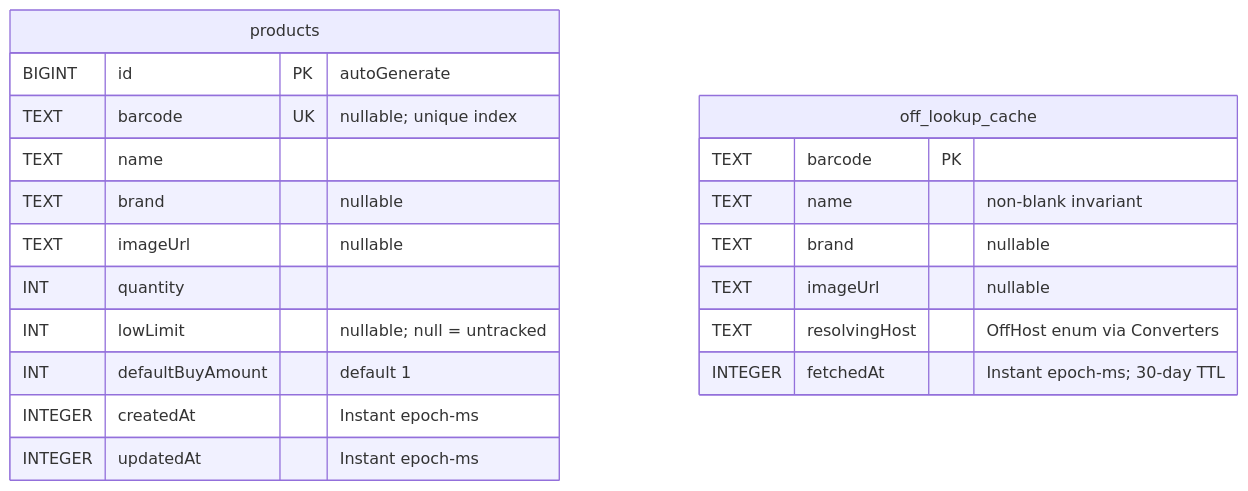
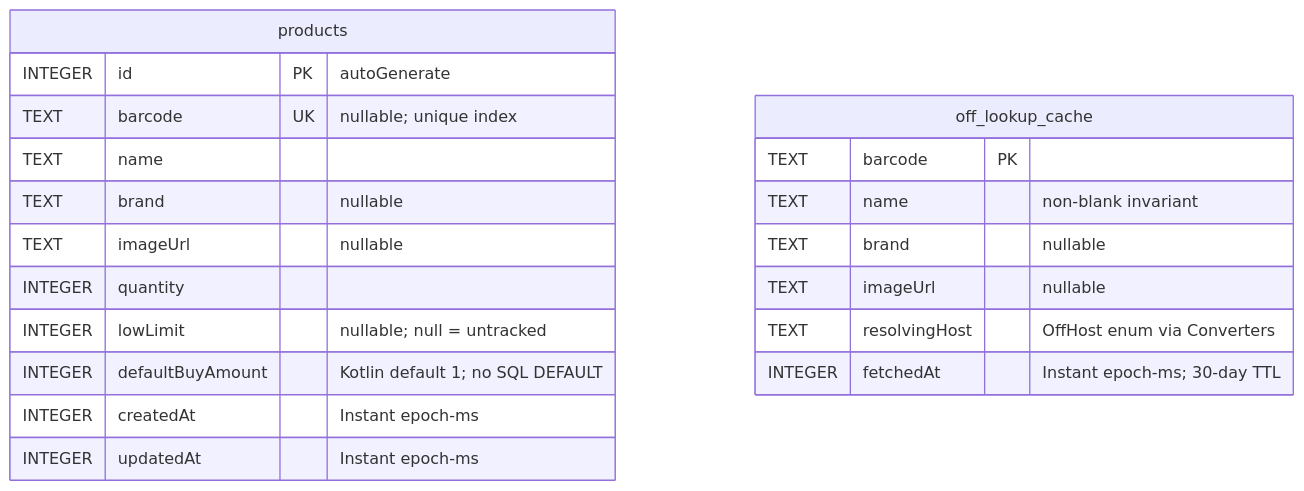
Before and after one commit to DocGerd/pantry-tracker: the second of 2 diagrams in docs/architecture/05-building-block-view.md, drawn with Mermaid. The commit also changed other lines of this file and 3 other files, not shown here.

````diff
--- a/docs/architecture/05-building-block-view.md
+++ b/docs/architecture/05-building-block-view.md
@@ -123,23 +100,23 @@
 ```mermaid
 erDiagram
     products {
-        BIGINT id PK "autoGenerate"
+        INTEGER id PK "autoGenerate"
         TEXT barcode UK "nullable; unique index"
         TEXT name
         TEXT brand "nullable"
         TEXT imageUrl "nullable"
-        INT quantity
-        INT lowLimit "nullable; null = untracked"
-        INT defaultBuyAmount "default 1"
+        INTEGER quantity
+        INTEGER lowLimit "nullable; null = untracked"
+        INTEGER defaultBuyAmount "Kotlin default 1; no SQL DEFAULT"
         INTEGER createdAt "Instant epoch-ms"
         INTEGER updatedAt "Instant epoch-ms"
     }
     off_lookup_cache {
         TEXT barcode PK
         TEXT name "non-blank invariant"
         TEXT brand "nullable"
         TEXT imageUrl "nullable"
         TEXT resolvingHost "OffHost enum via Converters"
         INTEGER fetchedAt "Instant epoch-ms; 30-day TTL"
     }
 ```
````
